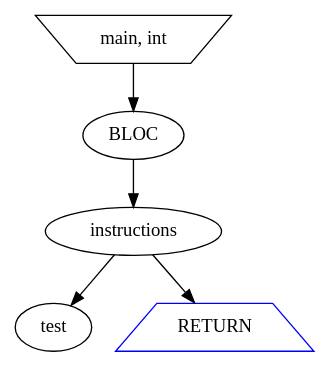
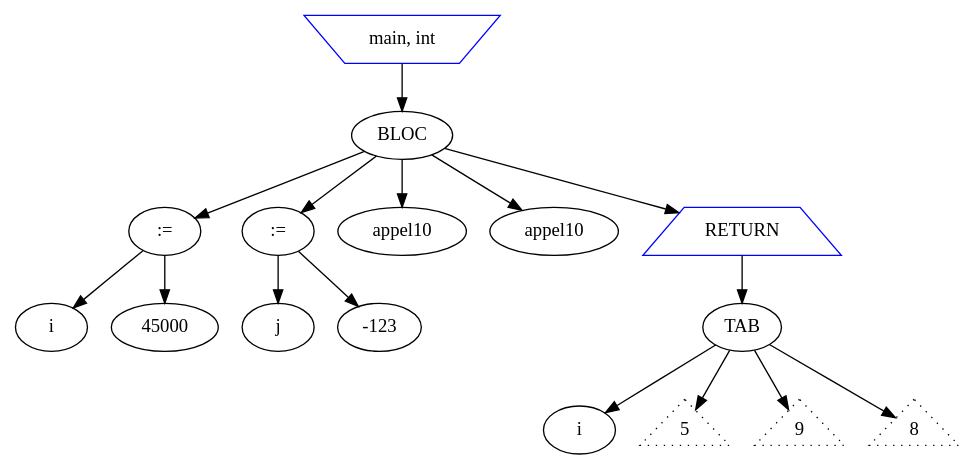
Before and after one commit to elhadiq/C_to_DOT_compiler: the diagram in run/output.dot, drawn with Graphviz. The commit also changed 438 other files, not shown here.

```diff
--- a/run/output.dot
+++ b/run/output.dot
@@ -1,12 +1,34 @@
 digraph mon_programme {
 
-node1 [label="main, int" shape=invtrapezium]
+node1 [label="main, int" shape=invtrapezium color=blue]
 node2 [label=BLOC]
-node3 [label=instructions]
-node4 [label=test]
-node5 [label=RETURN shape=trapezium color=blue]
+node3 [label=":="]
+node4 [label=i]
+node5 [label=45000]
+node6 [label=":="]
+node7 [label=j]
+node8 [label=-123]
+node9 [label=appel10]
+node10 [label=appel10]
+node11 [label=RETURN shape=trapezium color=blue]
+node12 [label=TAB]
+node13 [label=i]
+node14 [label=5 style=dotted shape=triangle]
+node15 [label=9 style=dotted shape=triangle]
+node16 [label=8 style=dotted shape=triangle]
 node1->node2;
 node2->node3;
 node3->node4;
 node3->node5;
+node2->node6;
+node6->node7;
+node6->node8;
+node2->node9;
+node2->node10;
+node2->node11;
+node11->node12;
+node12->node13;
+node12->node14;
+node12->node15;
+node12->node16;
 }
```
